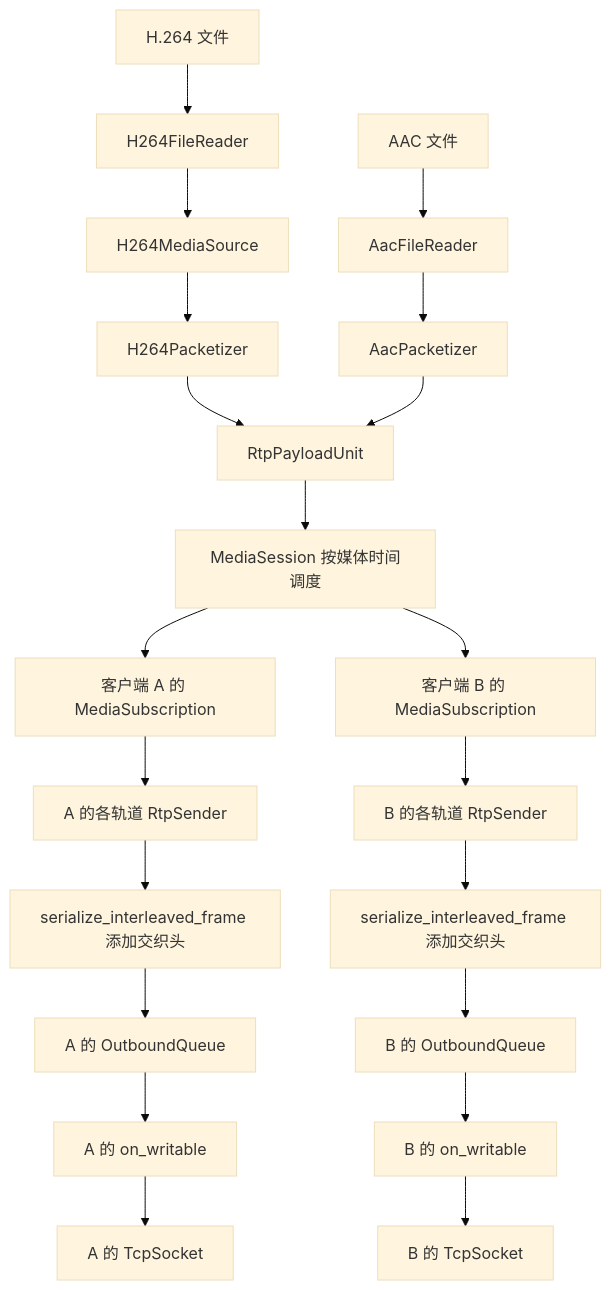
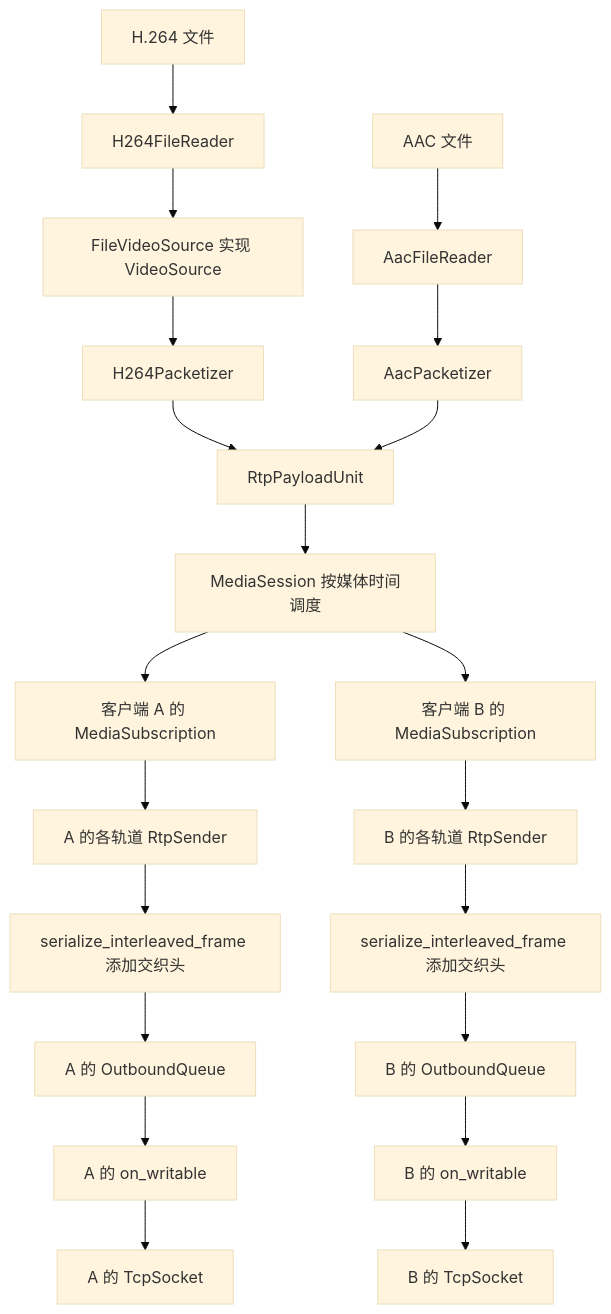
Before and after one commit to 18828644614/rtsp_cpp: the third of 4 diagrams in 项目类职责与关系.md, drawn with Mermaid (base theme). The commit also changed other lines of this file and 15 other files, not shown here.

````diff
--- a/项目类职责与关系.md
+++ b/项目类职责与关系.md
@@ -251,23 +255,23 @@
 ```mermaid
 flowchart TD
     V[H.264 文件] --> VR[H264FileReader]
-    VR --> VS[H264MediaSource]
+    VR --> VS[FileVideoSource 实现 VideoSource]
     VS --> VP[H264Packetizer]
     A[AAC 文件] --> AR[AacFileReader]
     AR --> AP[AacPacketizer]
     VP --> P[RtpPayloadUnit]
     AP --> P
     P --> M[MediaSession 按媒体时间调度]
     M --> SA[客户端 A 的 MediaSubscription]
     M --> SB[客户端 B 的 MediaSubscription]
     SA --> RA[A 的各轨道 RtpSender]
     SB --> RB[B 的各轨道 RtpSender]
     RA --> TA[serialize_interleaved_frame 添加交织头]
     RB --> TB[serialize_interleaved_frame 添加交织头]
     TA --> QA[A 的 OutboundQueue]
     TB --> QB[B 的 OutboundQueue]
     QA --> WA[A 的 on_writable]
     QB --> WB[B 的 on_writable]
     WA --> NA[A 的 TcpSocket]
     WB --> NB[B 的 TcpSocket]
 ```
````
